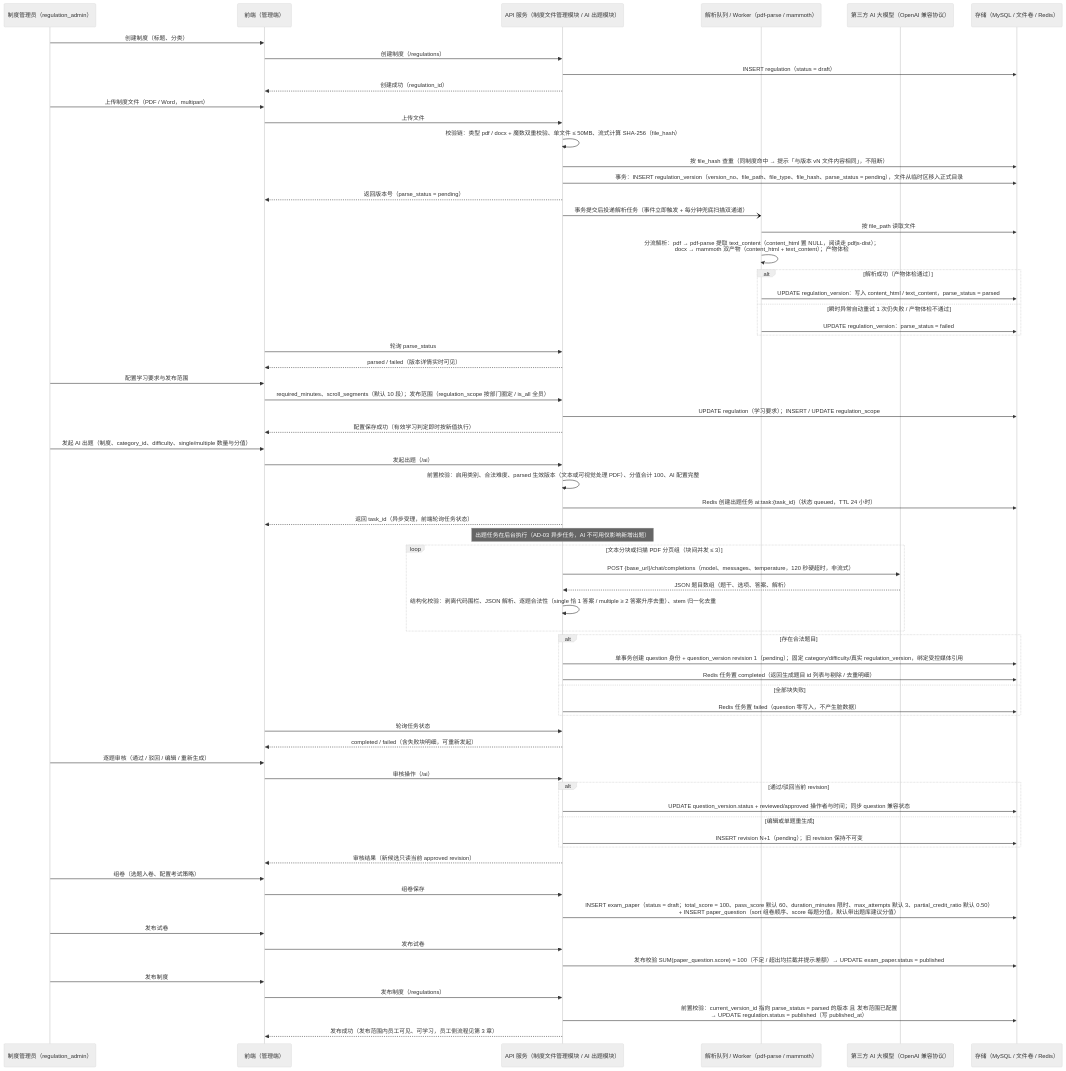
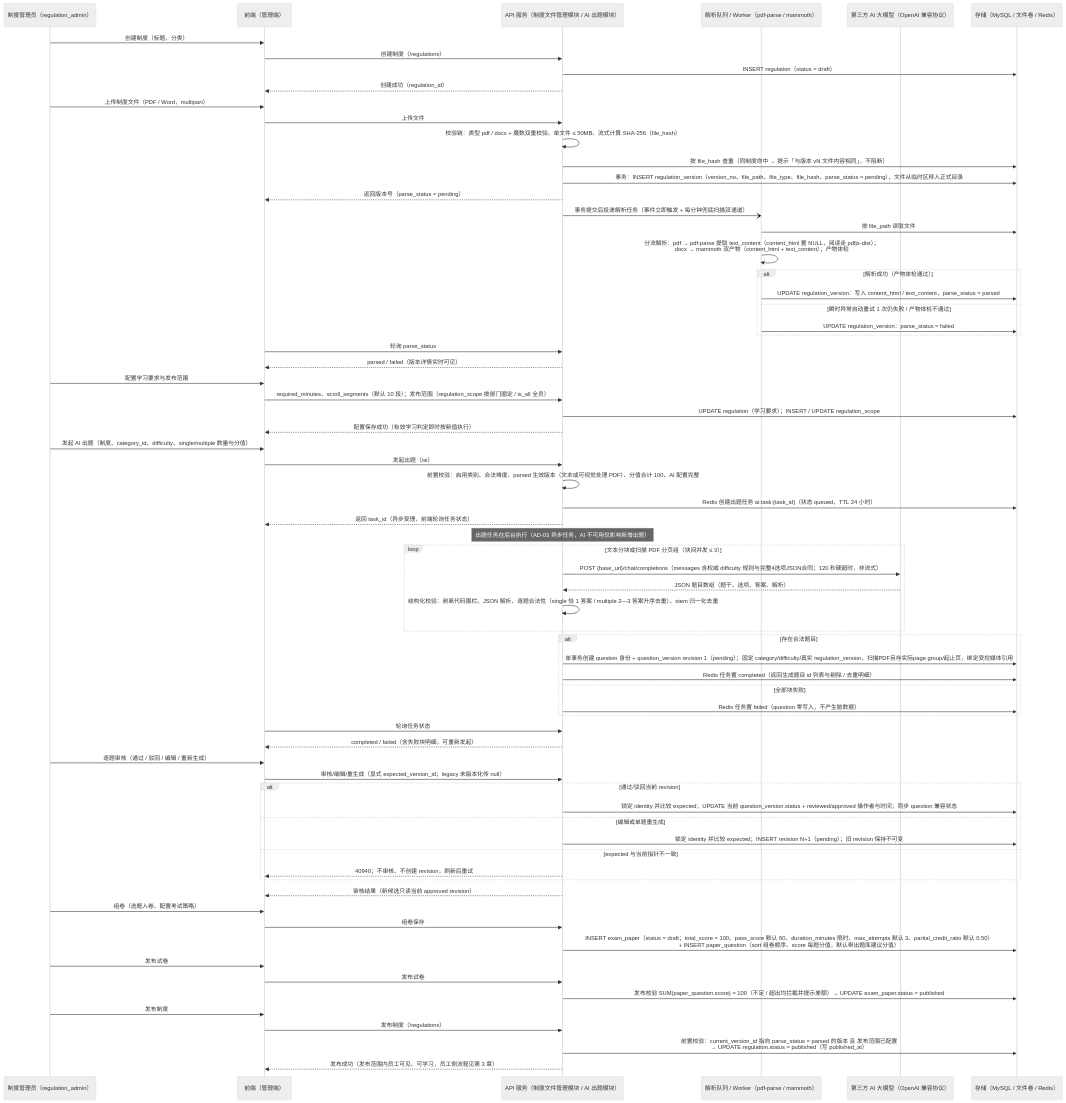
The third of 16 diagrams in docs/design/06-关键流程.md (caoguanjie/emodor-exam), drawn with Mermaid (neutral theme) before and after one commit. The commit also changed other lines of this file and 27 other files, not shown here.

```diff
--- a/docs/design/06-关键流程.md
+++ b/docs/design/06-关键流程.md
@@ -200,12 +200,12 @@
     Note over API: 出题任务在后台执行（AD-03 异步任务，AI 不可用仅影响新增出题）
 
     loop 文本分块或扫描 PDF 分页组（块间并发 ≤ 3）
-        API ->> AI: POST {base_url}/chat/completions（model、messages、temperature，120 秒硬超时，非流式）
+        API ->> AI: POST {base_url}/chat/completions（messages 含权威 difficulty 规则与完整4选项JSON合同；120 秒硬超时，非流式）
         AI -->> API: JSON 题目数组（题干、选项、答案、解析）
-        API ->> API: 结构化校验：剥离代码围栏、JSON 解析、逐题合法性（single 恰 1 答案 / multiple ≥ 2 答案升序去重）、stem 归一化去重
+        API ->> API: 结构化校验：剥离代码围栏、JSON 解析、逐题合法性（single 恰 1 答案 / multiple 2—3 答案升序去重）、stem 归一化去重
     end
     alt 存在合法题目
-        API ->> ST: 单事务创建 question 身份 + question_version revision 1（pending）；固定 category/difficulty/真实 regulation_version，绑定受控媒体引用
+        API ->> ST: 单事务创建 question 身份 + question_version revision 1（pending）；固定 category/difficulty/真实 regulation_version，扫描PDF另存实际page group/起止页，绑定受控媒体引用
         API ->> ST: Redis 任务置 completed（返回生成题目 id 列表与剔除 / 去重明细）
     else 全部块失败
         API ->> ST: Redis 任务置 failed（question 零写入，不产生脏数据）
@@ -214,11 +214,13 @@
     API -->> FE: completed / failed（含失败块明细，可重新发起）
 
     RA ->> FE: 逐题审核（通过 / 驳回 / 编辑 / 重新生成）
-    FE ->> API: 审核操作（/ai）
+    FE ->> API: 审核/编辑/重生成（显式 expected_version_id；legacy 未版本化传 null）
     alt 通过/驳回当前 revision
-        API ->> ST: UPDATE question_version.status + reviewed/approved 操作者与时间；同步 question 兼容状态
+        API ->> ST: 锁定 identity 并比较 expected；UPDATE 当前 question_version.status + reviewed/approved 操作者与时间；同步 question 兼容状态
     else 编辑或单题重生成
-        API ->> ST: INSERT revision N+1（pending）；旧 revision 保持不可变
+        API ->> ST: 锁定 identity 并比较 expected；INSERT revision N+1（pending）；旧 revision 保持不可变
+    else expected 与当前指针不一致
+        API -->> FE: 40940；不审核、不创建 revision，刷新后重试
     end
     API -->> FE: 审核结果（新候选只读当前 approved revision）
 
```
